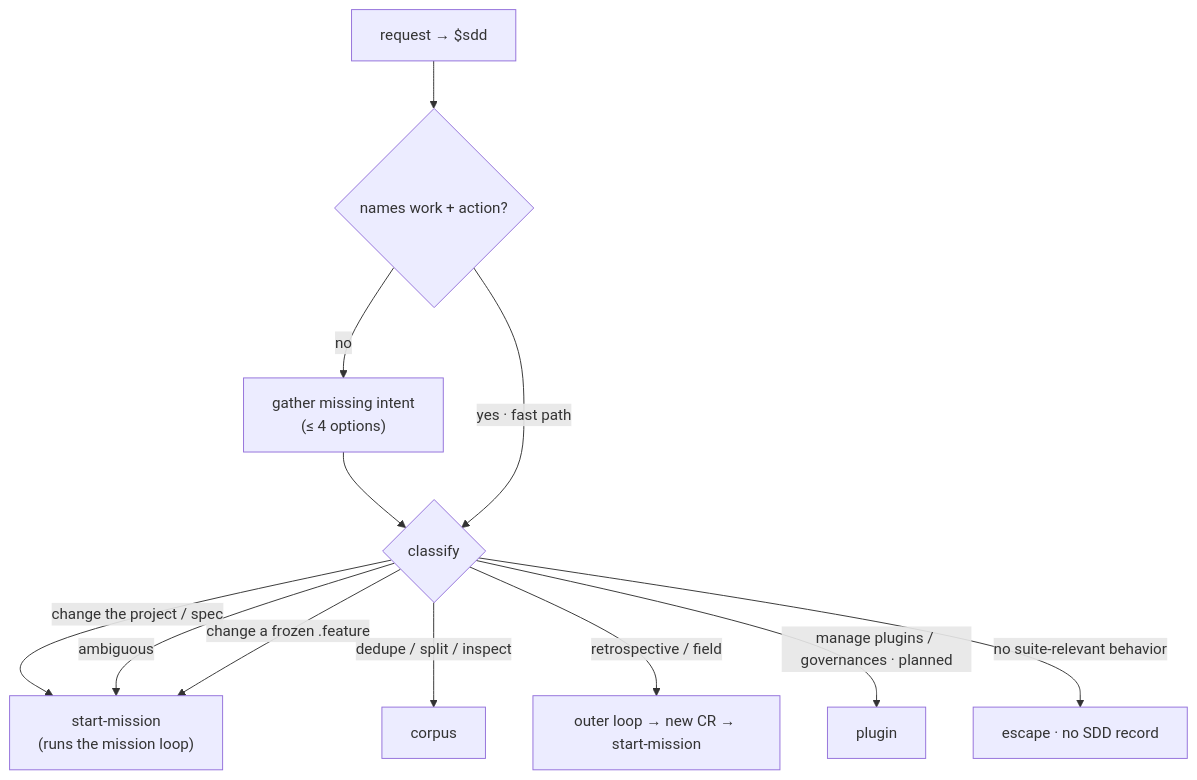
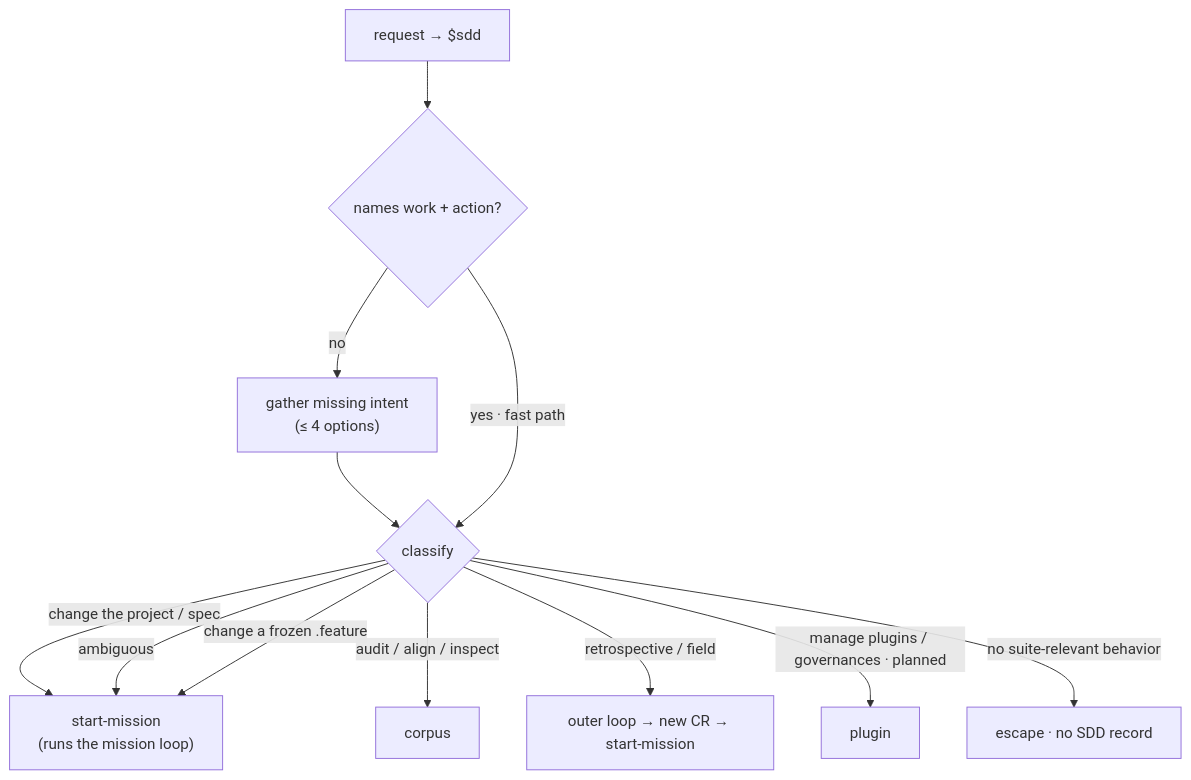
The diagram in .agents/specs/sdd/gateway/README.md (cyberuni/cyber-sdd), drawn with Mermaid before and after one commit. The commit also changed other lines of this file and 14 other files, not shown here.

````diff
--- a/.agents/specs/sdd/gateway/README.md
+++ b/.agents/specs/sdd/gateway/README.md
@@ -103,13 +103,13 @@
 ```mermaid
 flowchart TD
     REQ["request → $sdd"] --> BARE{"names work + action?"}
     BARE -->|no| GATHER["gather missing intent<br/>(≤ 4 options)"] --> CLASSIFY
     BARE -->|yes · fast path| CLASSIFY{classify}
     CLASSIFY -->|change the project / spec| SM["start-mission<br/>(runs the mission loop)"]
-    CLASSIFY -->|dedupe / split / inspect| CORPUS[corpus]
+    CLASSIFY -->|audit / align / inspect| CORPUS[corpus]
     CLASSIFY -->|retrospective / field| OUTER["outer loop → new CR → start-mission"]
     CLASSIFY -->|manage plugins / governances · planned| PLUGIN["plugin"]
     CLASSIFY -->|no suite-relevant behavior| ESCAPE["escape · no SDD record"]
     CLASSIFY -->|ambiguous| SM
     CLASSIFY -->|change a frozen .feature| SM
 ```
````
